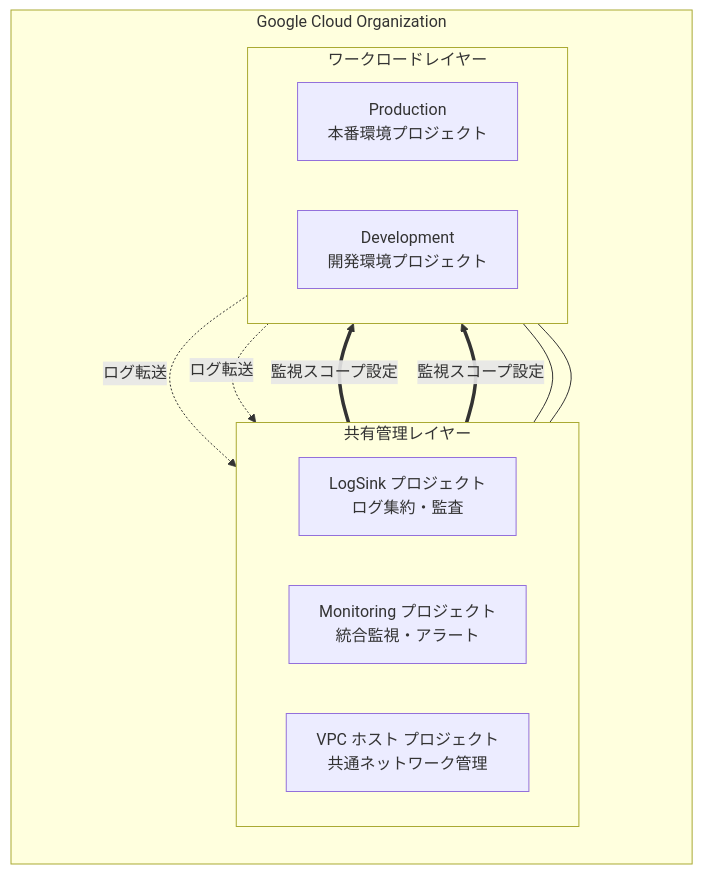
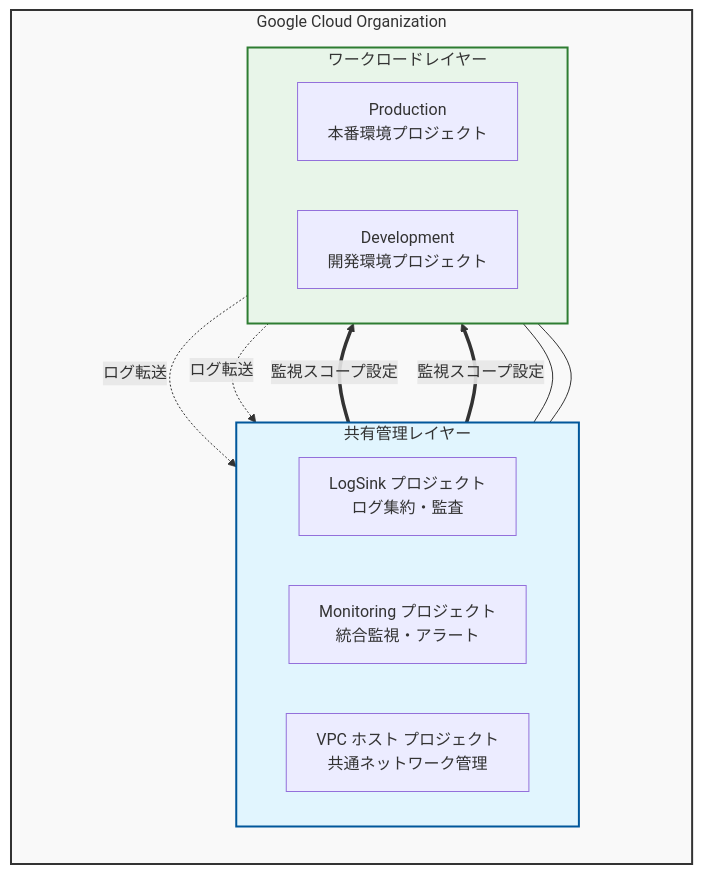
One commit to ea-Mitsuoka/gcp-foundations changed the diagram in docs/design/architecture.md. Above: the diagram before and after it, drawn with Mermaid.

Commit message:
docs: apply different colors to subgraphs in architecture diagram

````diff
--- a/docs/design/architecture.md
+++ b/docs/design/architecture.md
@@ -19,32 +19,37 @@
 ```mermaid
 flowchart TD
     subgraph Org [Google Cloud Organization]
         direction TB
 
         %% 管理プロジェクトレイヤー（上側）
         subgraph Core [共有管理レイヤー]
             direction LR
             LogSink[LogSink プロジェクト<br/>ログ集約・監査]
             Mon[Monitoring プロジェクト<br/>統合監視・アラート]
             Net[VPC ホスト プロジェクト<br/>共通ネットワーク管理]
         end
 
         %% ワークロードレイヤー（下側）
         subgraph Workloads [ワークロードレイヤー]
             direction LR
             Prod[Production<br/>本番環境プロジェクト]
             Dev[Development<br/>開発環境プロジェクト]
         end
 
         %% 関係性
         %% 監視・統制（上から下）
         Mon ==>|監視スコープ設定| Prod
         Mon ==>|監視スコープ設定| Dev
         Net --- Prod
         Net --- Dev
 
         %% データフロー（下から上へのログ転送などは点線で表現）
         Prod -.->|ログ転送| LogSink
         Dev -.->|ログ転送| LogSink
     end
+
+    %% スタイル定義
+    style Org fill:#f9f9f9,stroke:#333,stroke-width:2px
+    style Core fill:#e1f5fe,stroke:#01579b,stroke-width:2px
+    style Workloads fill:#e8f5e9,stroke:#2e7d32,stroke-width:2px
 ```
````
